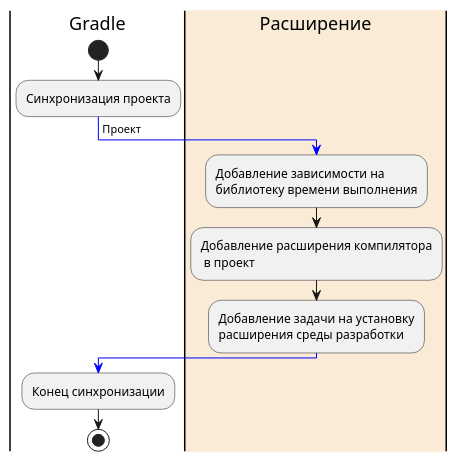
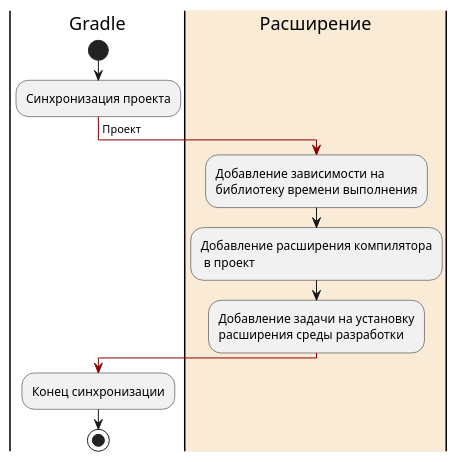
One commit to koperagen/konnekt changed the diagram in docs/integration_gradle.puml. Above: the diagram before and after it, drawn with PlantUML. The commit also changed 3 other files, not shown here.

Commit message:
Refactor diagrams

```diff
--- a/docs/integration_gradle.puml
+++ b/docs/integration_gradle.puml
@@ -1,19 +1,19 @@
 @startuml
 
 |Gradle|
 start
 :Синхронизация проекта;
- -[#blue]-> Проект;
+ -[#darkred]-> Проект;
 |#AntiqueWhite|Расширение|
 :Добавление зависимости на
 библиотеку времени выполнения;
 :Добавление расширения компилятора
  в проект;
 :Добавление задачи на установку
 расширения среды разработки;
- -[#blue]->;
+ -[#darkred]->;
 |Gradle|
 :Конец синхронизации;
 stop
 
 @enduml
```
